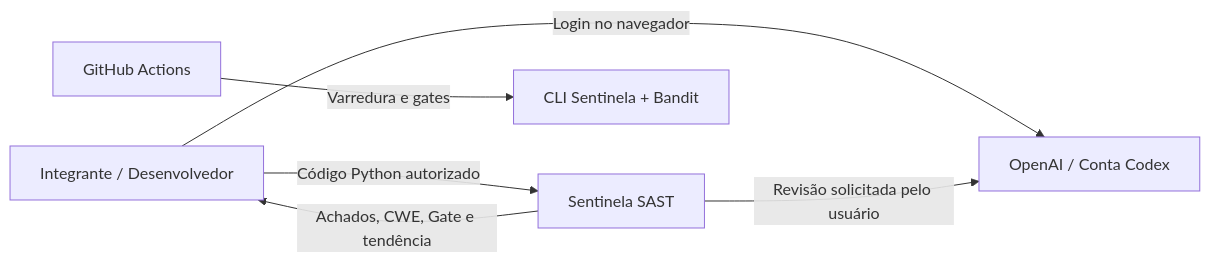
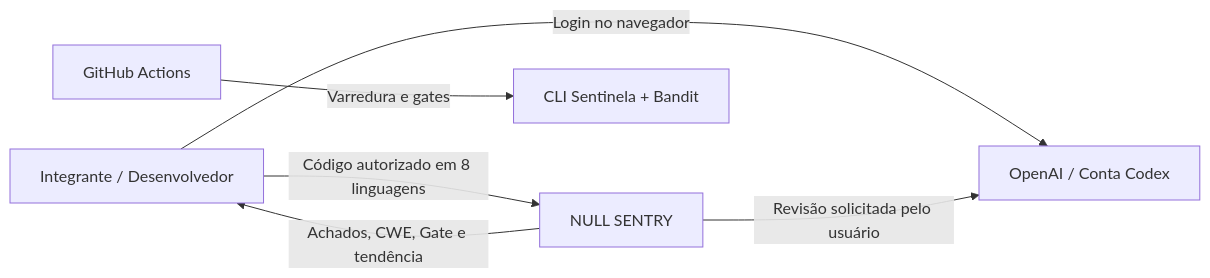
The first of 2 diagrams in docs/arquitetura.md (MateussantosVSr3/cpcyber), drawn with Mermaid before and after one commit. The commit also changed other lines of this file and 34 other files, not shown here.

```diff
--- a/docs/arquitetura.md
+++ b/docs/arquitetura.md
@@ -5,8 +5,8 @@
 ~~~mermaid
 flowchart LR
-    Dev[Integrante / Desenvolvedor] -->|Código Python autorizado| SAST[Sentinela SAST]
+    Dev[Integrante / Desenvolvedor] -->|Código autorizado em 8 linguagens| SAST[NULL SENTRY]
     SAST -->|Achados, CWE, Gate e tendência| Dev
     Dev -->|Login no navegador| OpenAI[OpenAI / Conta Codex]
     SAST -->|Revisão solicitada pelo usuário| OpenAI
     CI[GitHub Actions] -->|Varredura e gates| Engine[CLI Sentinela + Bandit]
 ~~~
```
